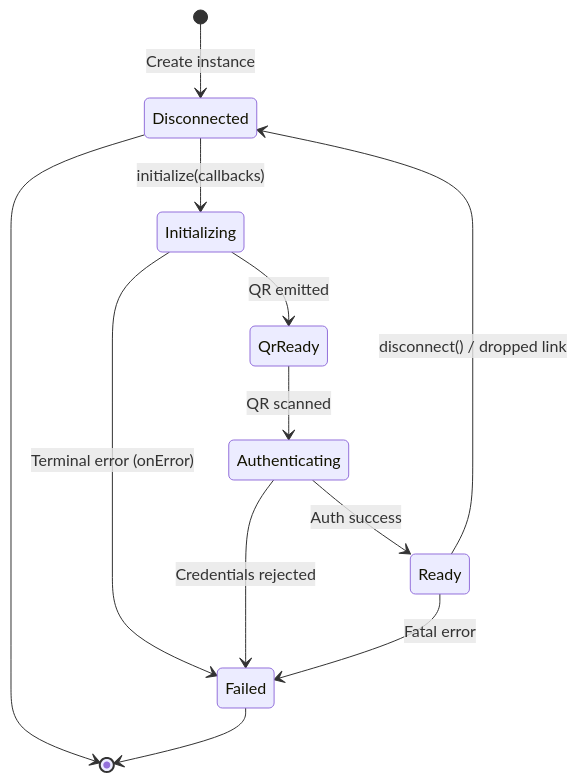
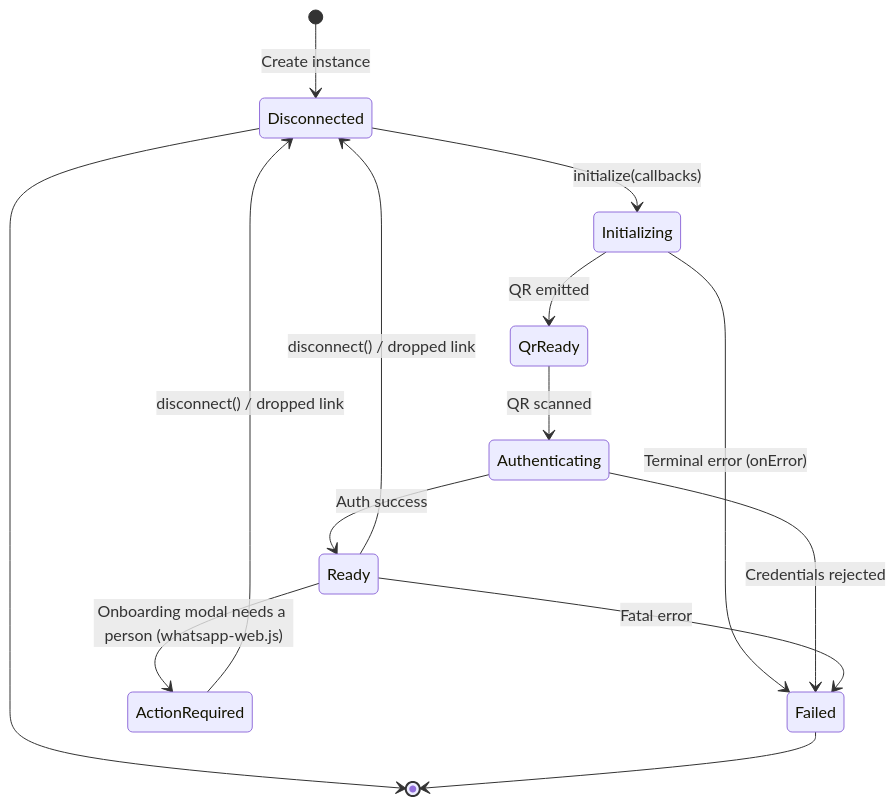
Before and after one commit to rmyndharis/OpenWA: the fifth of 24 diagrams in docs/03-system-architecture.md, drawn with Mermaid.

Commit message:
docs(architecture): add action_required to the engine state diagram
The engine lifecycle diagram stopped at six states while the
EngineStatus enum printed below it lists seven. A whatsapp-web.js
engine that reports an onboarding modal only a person can dismiss moves
from ready to action_required, and only a disconnect or a stop and
start takes it out again, so the diagram never reached or left a state
a running engine can sit in.

````diff
--- a/docs/03-system-architecture.md
+++ b/docs/03-system-architecture.md
@@ -207,14 +207,16 @@
 ```mermaid
 stateDiagram-v2
     [*] --> Disconnected: Create instance
     Disconnected --> Initializing: initialize(callbacks)
     Initializing --> QrReady: QR emitted
     QrReady --> Authenticating: QR scanned
     Authenticating --> Ready: Auth success
     Initializing --> Failed: Terminal error (onError)
     Authenticating --> Failed: Credentials rejected
     Ready --> Disconnected: disconnect() / dropped link
     Ready --> Failed: Fatal error
+    Ready --> ActionRequired: Onboarding modal needs a person (whatsapp-web.js)
+    ActionRequired --> Disconnected: disconnect() / dropped link
     Disconnected --> [*]
     Failed --> [*]
 ```
````
